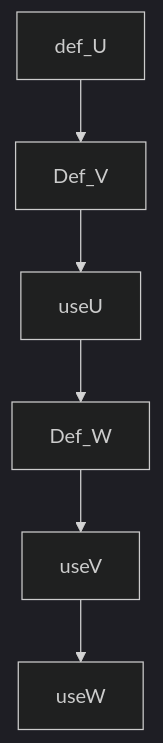
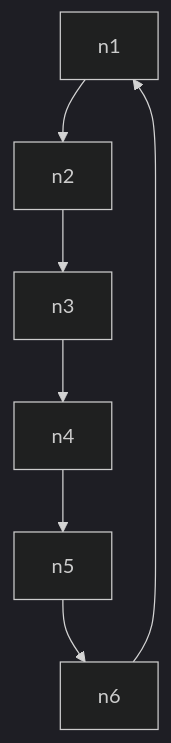
Before and after one commit to normrubin/normrubin.github.io: the diagram in lectures/register_allocation.qmd, drawn with Mermaid (dark theme). The commit also changed other lines of this file and 28 other files, not shown here.

````diff
--- a/lectures/register_allocation.qmd
+++ b/lectures/register_allocation.qmd
@@ -198,6 +138,6 @@
 ```{mermaid}
 %%{init: {"flowchart": {"htmlLabels": false}} }%%
-%%|echo: false
+
 graph TD;
-def_U  --> Def_V --> useU --> Def_W --> useV --> useW
+n1--> n2 --> n3 -->  n4 --> n5 --> n6--> n1
 ```
````
